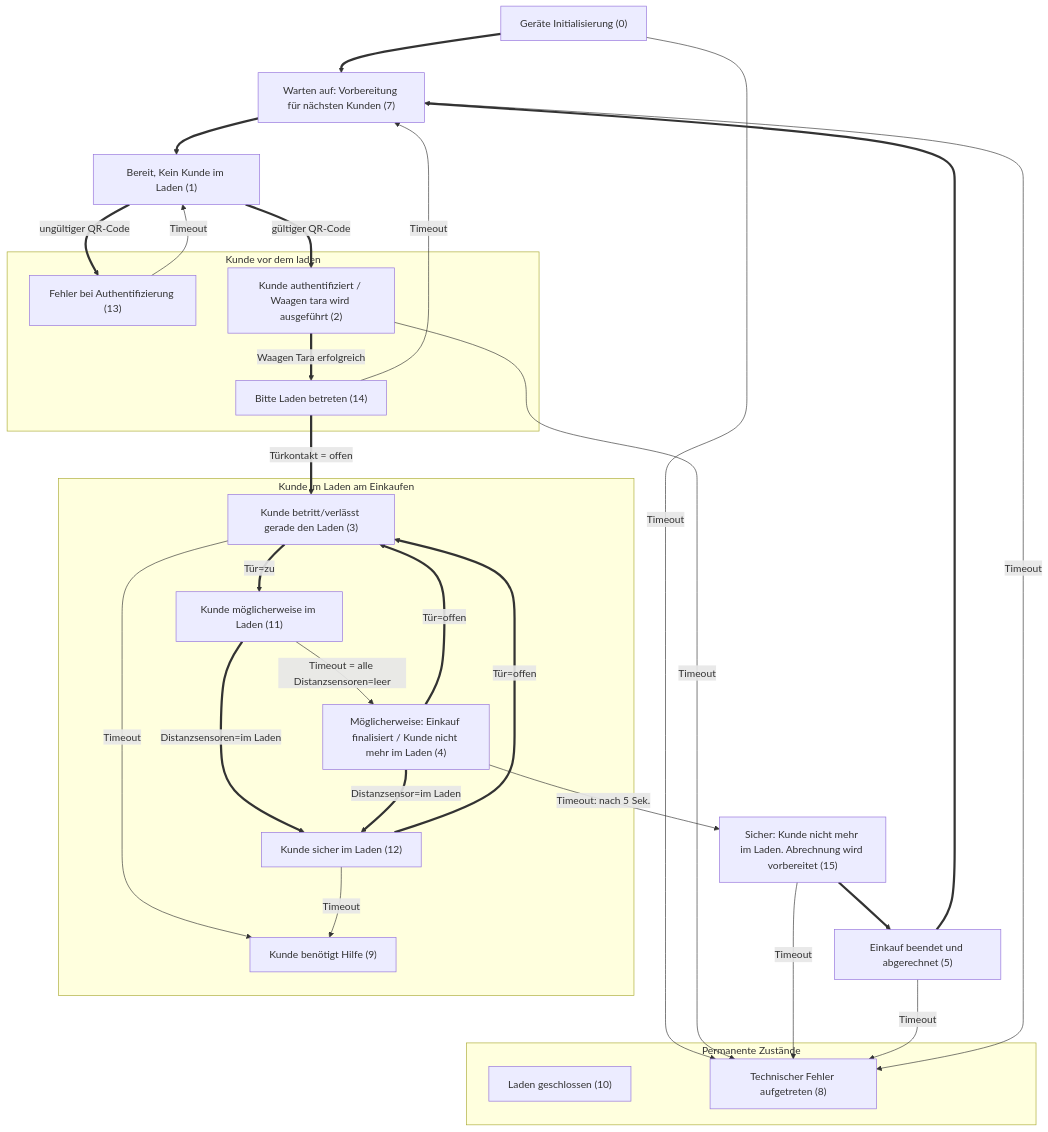
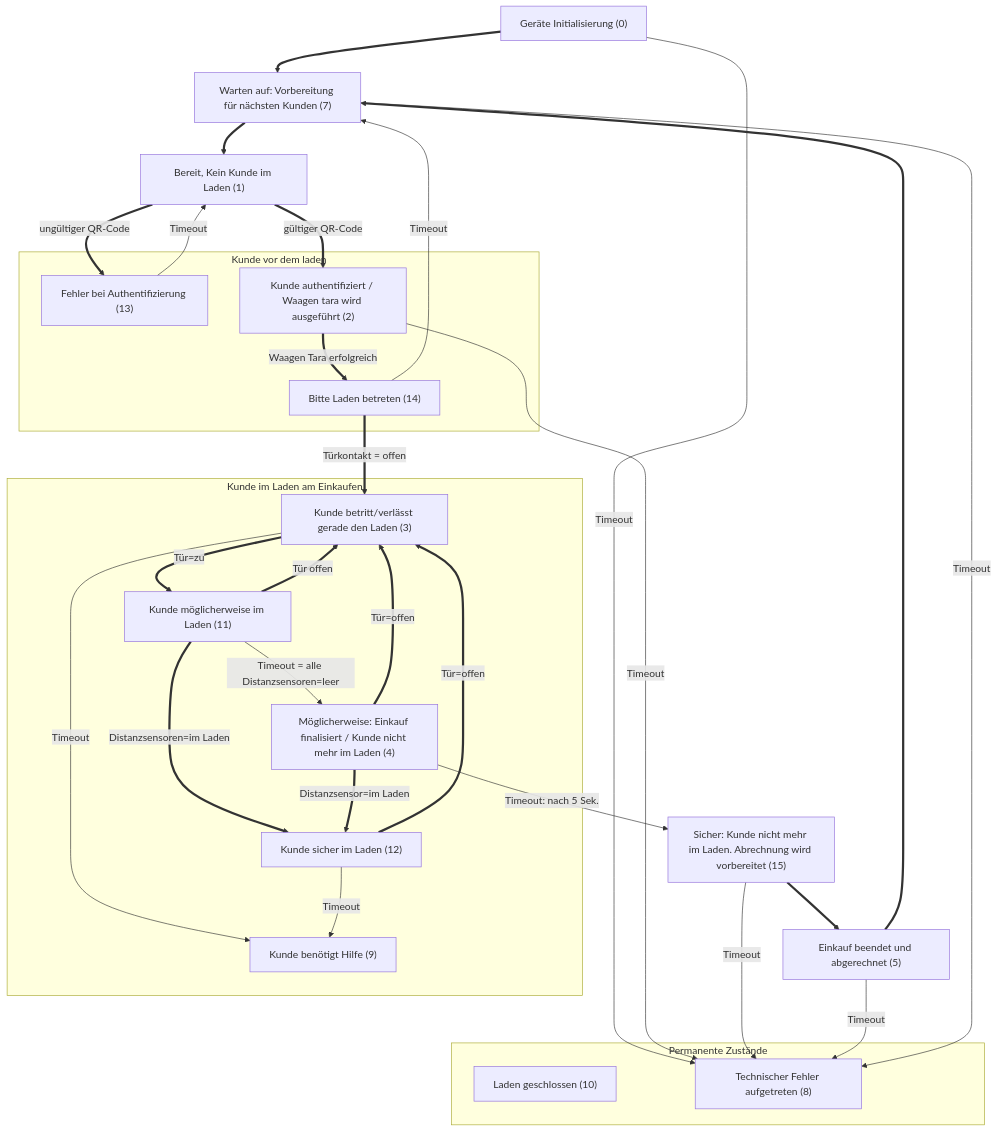
One commit to pbotte/zeitlos changed the first of 3 diagrams in ablauf.md. Above: the diagram before and after it, drawn with Mermaid.

````diff
--- a/ablauf.md
+++ b/ablauf.md
@@ -2,49 +2,50 @@
 ```mermaid
 graph TD
   AA["Geräte Initialisierung (0)"]
   A["Bereit, Kein Kunde im Laden (1)"]
 subgraph Kunde vor dem laden
   AF["Fehler bei Authentifizierung (13)"]
   B["Kunde authentifiziert / Waagen tara wird ausgeführt (2)"]
   BB["Bitte Laden betreten (14)"]
 end
 subgraph Kunde im Laden am Einkaufen
   C["Kunde betritt/verlässt gerade den Laden (3)"]
   CC["Kunde möglicherweise im Laden (11)"]
   CCC["Kunde sicher im Laden (12)"]
   D["Möglicherweise: Einkauf finalisiert / Kunde nicht mehr im Laden (4)"]
   Z["Kunde benötigt Hilfe (9)"]
 end
   DD["Sicher: Kunde nicht mehr im Laden. Abrechnung wird vorbereitet (15)"]
   E["Einkauf beendet und abgerechnet (5)"]
   G["Warten auf: Vorbereitung für nächsten Kunden (7)"]
 subgraph Permanente Zustände
   W["Laden geschlossen (10)"]
   Y["Technischer Fehler aufgetreten (8)"]
 end
   AA ==> G
   AA --> |Timeout| Y
   A ==> |gültiger QR-Code| B
   A ==> |ungültiger QR-Code| AF
   B ==> |Waagen Tara erfolgreich| BB
   AF --> |Timeout| A
   B --> |Timeout| Y
   BB --> |Timeout| G
   BB ==> |Türkontakt = offen| C
   C ==> |Tür=zu| CC
   C --> |Timeout| Z
   CC ==> |Distanzsensoren=im Laden| CCC
+  CC ==> |Tür offen| C
   CCC ==> |Tür=offen| C
   CCC -->|Timeout| Z
   CC --> |Timeout = alle Distanzsensoren=leer| D
   D --> |Timeout: nach 5 Sek.| DD
   D ==> |Tür=offen| C
   D ==> |Distanzsensor=im Laden| CCC
   DD ==> E
   DD --> |Timeout| Y
   E ==> G
   E --> |Timeout| Y
   G ==> A
   G --> |Timeout| Y
   
 ```
````
